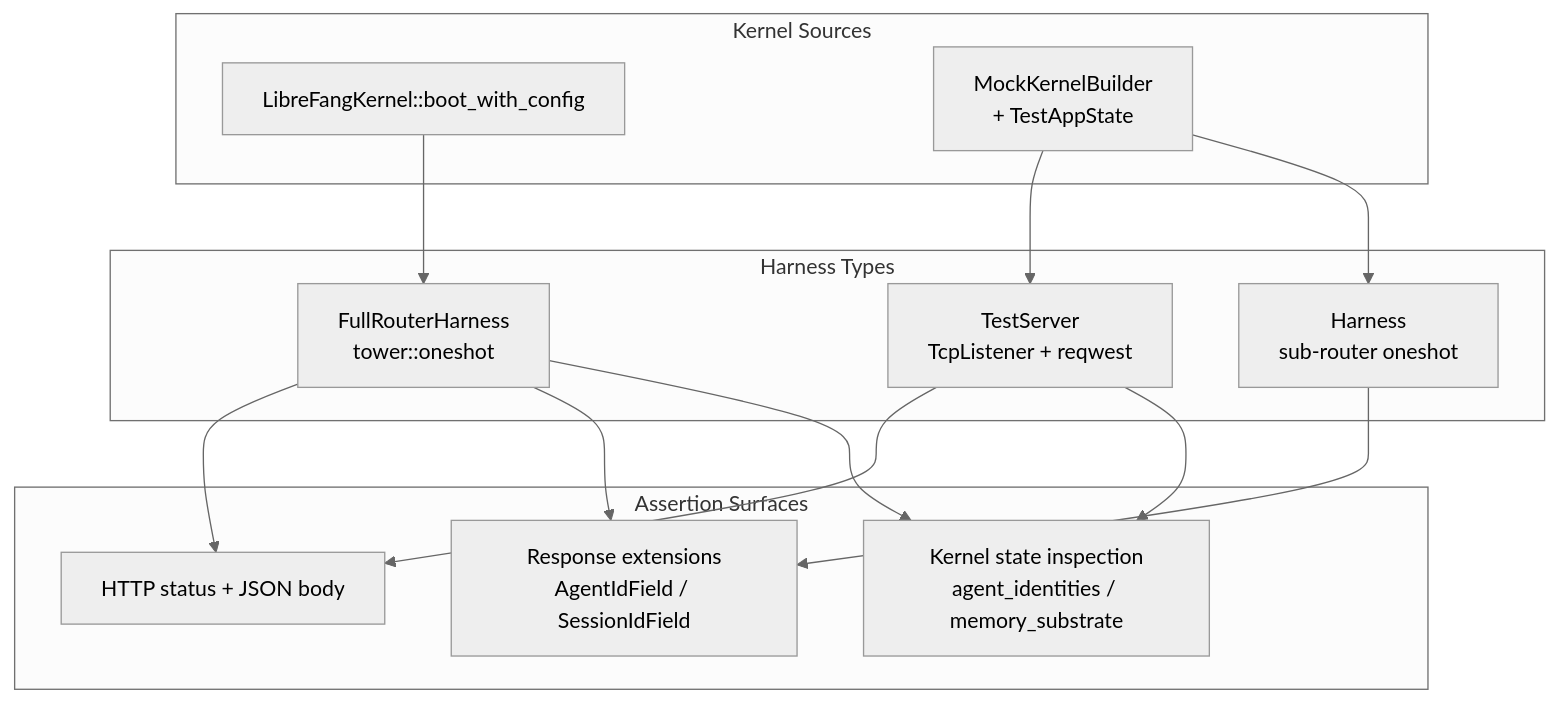
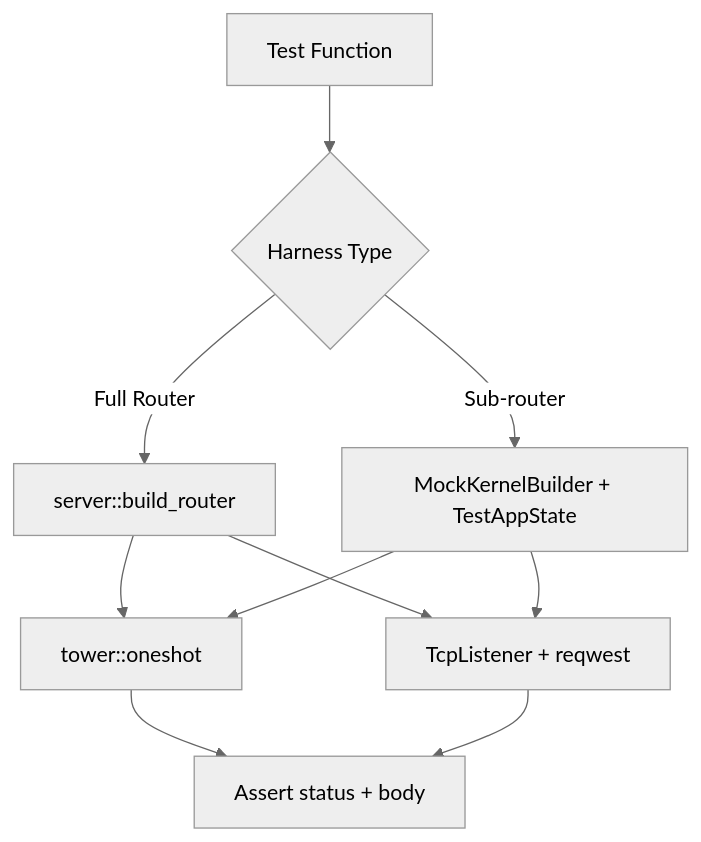
The diagram in other-librefang-api-tests.md (leszek3737/librefang-WIki), drawn with Mermaid (neutral theme) before and after one commit. The commit also changed other lines of this file and 110 other files, not shown here.

````diff
--- a/other-librefang-api-tests.md
+++ b/other-librefang-api-tests.md
@@ -25,29 +11,12 @@
 ```mermaid
 graph TD
-    subgraph "Harness Types"
-        A[FullRouterHarness<br/>tower::oneshot]
-        B[TestServer<br/>TcpListener + reqwest]
-        C[Harness<br/>sub-router oneshot]
-    end
-
-    subgraph "Kernel Sources"
-        D[LibreFangKernel::boot_with_config]
-        E[MockKernelBuilder<br/>+ TestAppState]
-    end
-
-    subgraph "Assertion Surfaces"
-        F[HTTP status + JSON body]
-        G[Response extensions<br/>AgentIdField / SessionIdField]
-        H[Kernel state inspection<br/>agent_identities / memory_substrate]
-    end
-
-    D --> A
-    E --> B
-    E --> C
-    A --> F
-    B --> F
-    C --> G
-    A --> G
-    A --> H
-    B --> H
+    A[Test Function] --> B{Harness Type}
+    B -->|Full Router| C[server::build_router]
+    B -->|Sub-router| D[MockKernelBuilder + TestAppState]
+    C --> E[tower::oneshot]
+    D --> E
+    C --> F[TcpListener + reqwest]
+    D --> F
+    E --> G[Assert status + body]
+    F --> G
 ```
````
